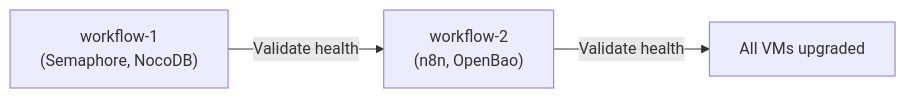
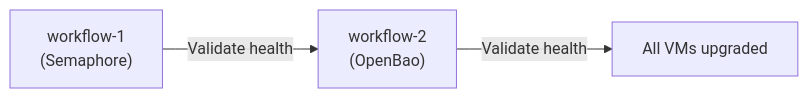
The second of 3 diagrams in plan/development/09-service-migrations-tooling.md (uhstray-io/agent-cloud), drawn with Mermaid before and after one commit. The commit also changed other lines of this file and 1 other file, not shown here.

Commit message:
docs(plans): describe the skynet inference plane in plan 06 and drop the NocoDB/n8n migration from plan 09

````diff
--- a/plan/development/09-service-migrations-tooling.md
+++ b/plan/development/09-service-migrations-tooling.md
@@ -1362,5 +160,5 @@
 ```mermaid
 flowchart LR
-    VM1["workflow-1<br/>(Semaphore, NocoDB)"] -->|"Validate health"| VM2["workflow-2<br/>(n8n, OpenBao)"]
+    VM1["workflow-1<br/>(Semaphore)"] -->|"Validate health"| VM2["workflow-2<br/>(OpenBao)"]
     VM2 -->|"Validate health"| DONE["All VMs upgraded"]
 ```
````
